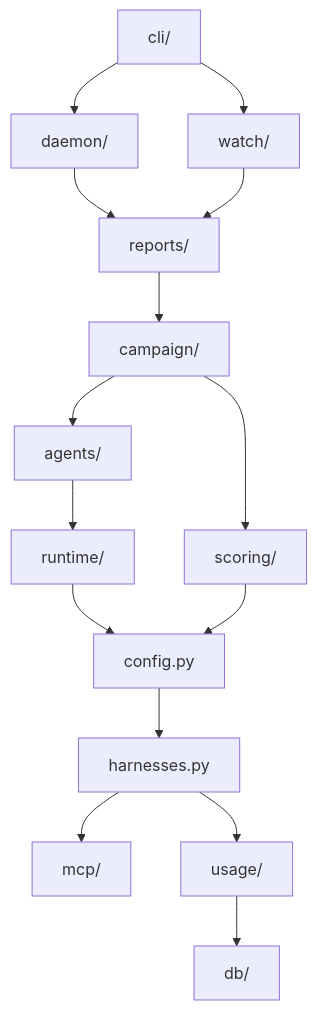
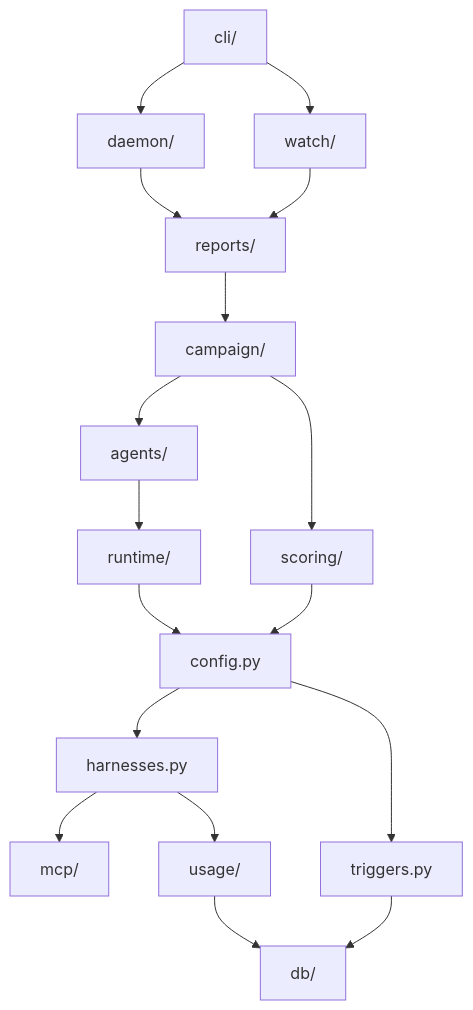
Before and after one commit to VatsaDev/piloop: the diagram in docs/architecture/code-layout.mdx, drawn with Mermaid. The commit also changed other lines of this file and 38 other files, not shown here.

````diff
--- a/docs/architecture/code-layout.mdx
+++ b/docs/architecture/code-layout.mdx
@@ -27,30 +27,33 @@
 ```mermaid
 flowchart TB
     agents["agents/"]
     campaign["campaign/"]
     cli["cli/"]
     config["config.py"]
     daemon["daemon/"]
     db["db/"]
     harnesses["harnesses.py"]
     mcp["mcp/"]
     reports["reports/"]
     runtime["runtime/"]
     scoring["scoring/"]
+    triggers["triggers.py"]
     usage["usage/"]
     watch["watch/"]
     agents --> runtime
     campaign --> agents
     campaign --> scoring
     cli --> daemon
     cli --> watch
     config --> harnesses
+    config --> triggers
     daemon --> reports
     harnesses --> mcp
     harnesses --> usage
     reports --> campaign
     runtime --> config
     scoring --> config
+    triggers --> db
     usage --> db
     watch --> reports
 ```
````
